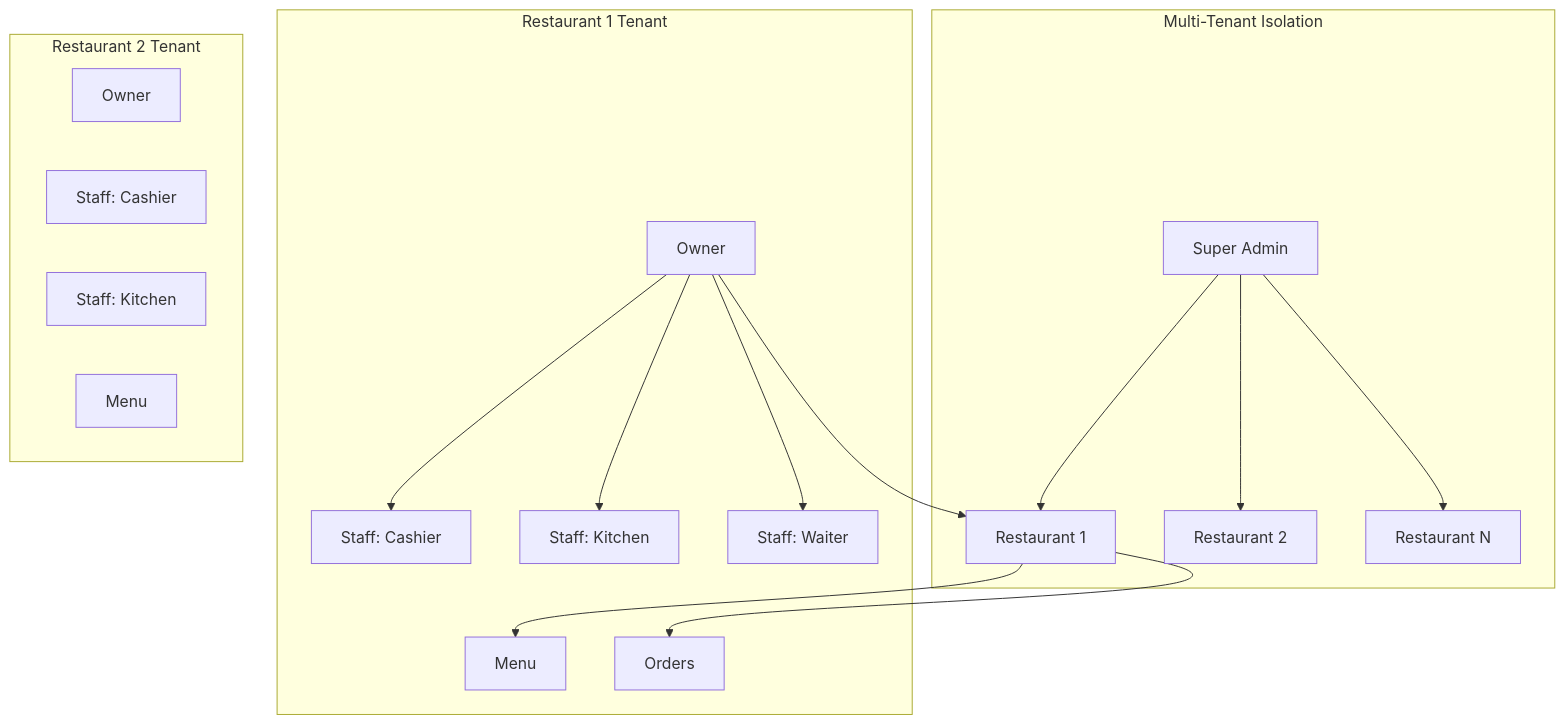
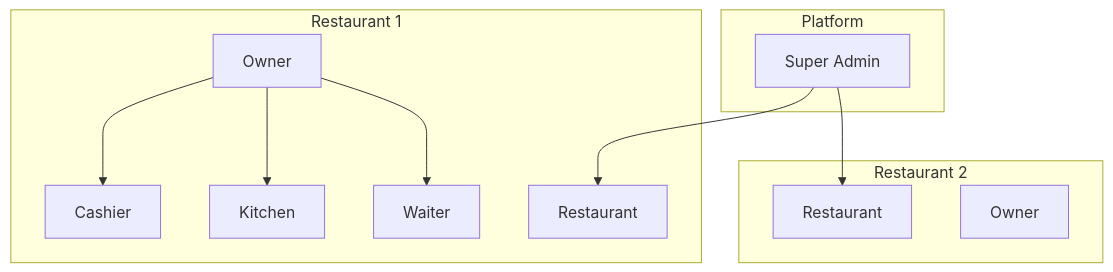
Before and after one commit to 0xyo/Tablii: the second of 2 diagrams in docs/er_diagram.md, drawn with Mermaid. The commit also changed other lines of this file, not shown here.

Commit message:
Simplify ER diagram to fix Mermaid parsing

````diff
--- a/docs/er_diagram.md
+++ b/docs/er_diagram.md
@@ -300,36 +19,25 @@
 ```mermaid
 graph TB
-    subgraph "Multi-Tenant Isolation"
-        SA[Super Admin]
-        R1[Restaurant 1]
-        R2[Restaurant 2]
-        R3[Restaurant N]
+    subgraph "Platform"
+        SA["Super Admin"]
     end
     
-    subgraph "Restaurant 1 Tenant"
-        OU1[Owner]
-        S1_1[Staff: Cashier]
-        S1_2[Staff: Kitchen]
-        S1_3[Staff: Waiter]
-        M1[Menu]
-        O1[Orders]
+    subgraph "Restaurant 1"
+        R1["Restaurant"]
+        OU1["Owner"]
+        S1_1["Cashier"]
+        S1_2["Kitchen"]
+        S1_3["Waiter"]
     end
     
-    subgraph "Restaurant 2 Tenant"
-        OU2[Owner]
-        S2_1[Staff: Cashier]
-        S2_2[Staff: Kitchen]
-        M2[Menu]
+    subgraph "Restaurant 2"
+        R2["Restaurant"]
+        OU2["Owner"]
     end
     
     SA --> R1
     SA --> R2
-    SA --> R3
-    
-    OU1 --> R1
     OU1 --> S1_1
     OU1 --> S1_2
     OU1 --> S1_3
-    R1 --> M1
-    R1 --> O1
 ```
````
